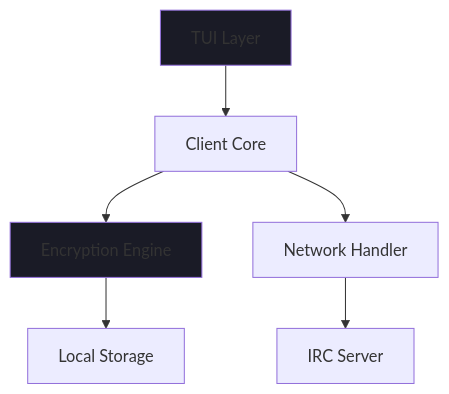
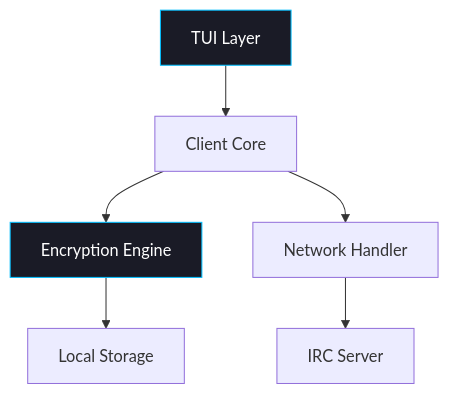
Before and after one commit to MarksAZX/UnkIRC: the diagram in README.md, drawn with Mermaid. The commit also changed other lines of this file, not shown here.

````diff
--- a/README.md
+++ b/README.md
@@ -103,11 +115,11 @@
 ```mermaid
 graph TB
     A[TUI Layer] --> B[Client Core]
     B --> C[Encryption Engine]
     B --> D[Network Handler]
     C --> E[Local Storage]
     D --> F[IRC Server]
-    
-    style A fill:#1a1b26
-    style C fill:#1a1b26
+
+    style A fill:#1a1b26,color:#fff,stroke:#00BFFF
+    style C fill:#1a1b26,color:#fff,stroke:#00BFFF
 ```
````
